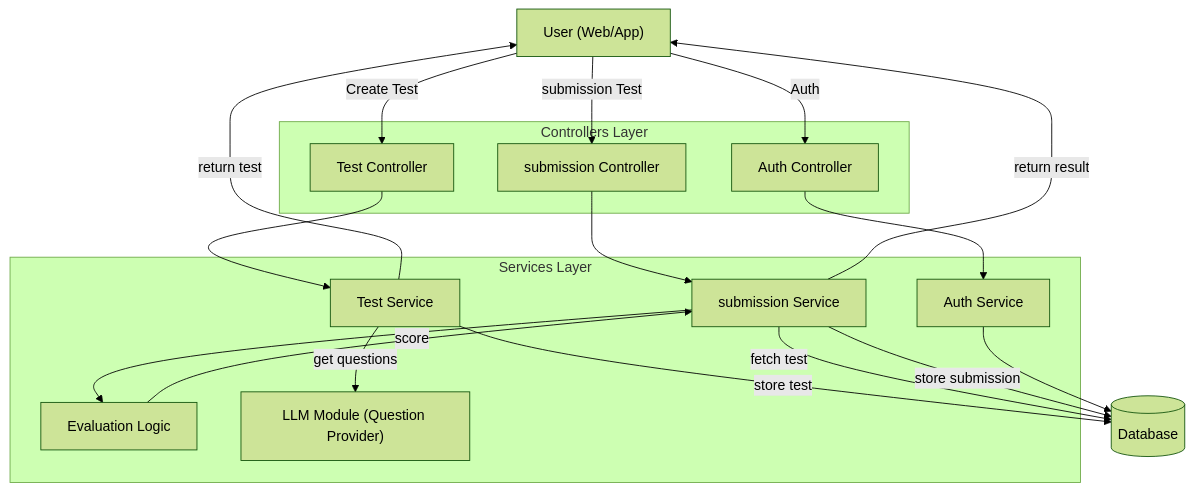
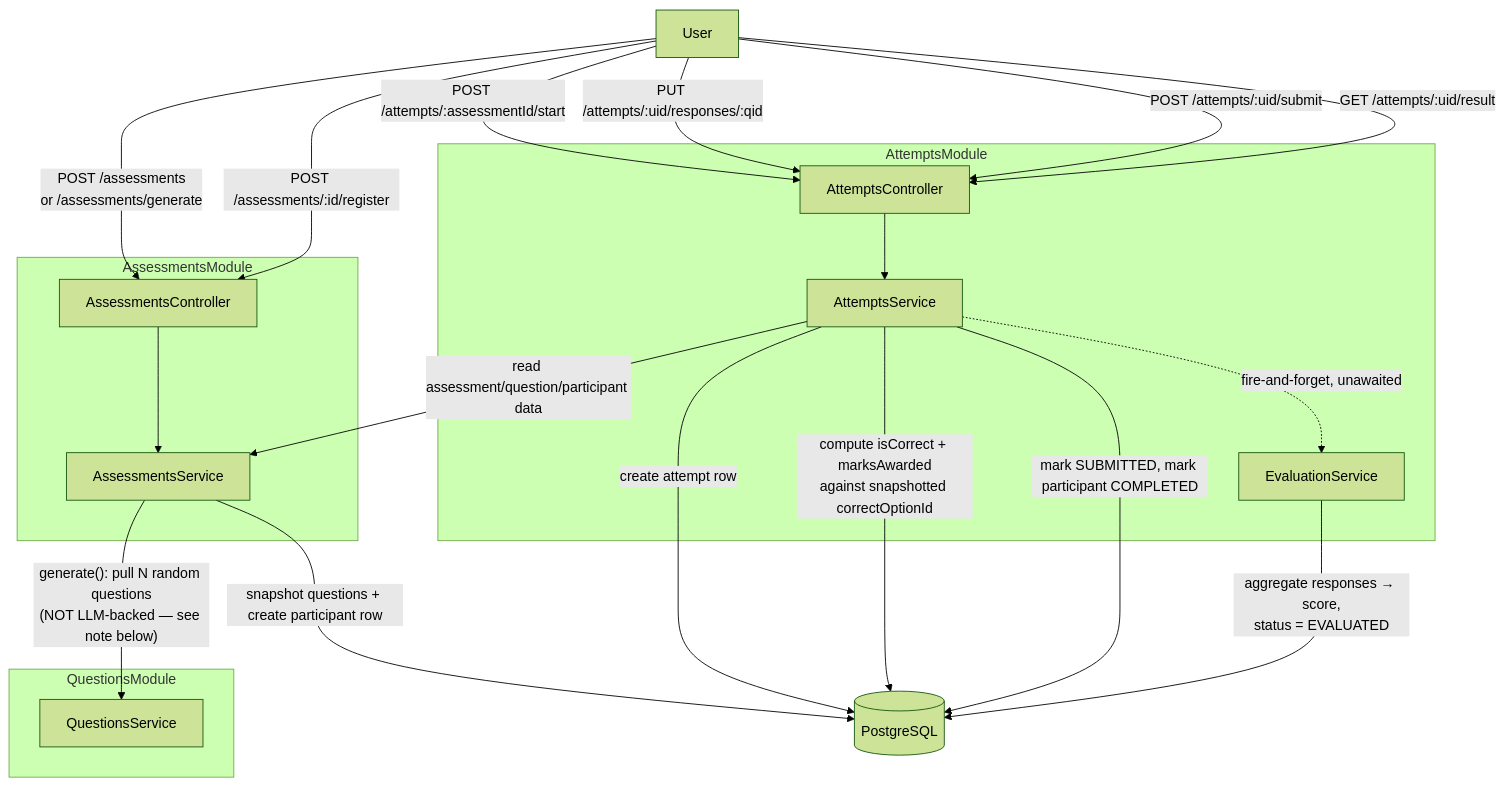
One commit to sharma-dikshant/TestFlow-Docs changed the third of 4 diagrams in docs/architecture.md. Above: the diagram before and after it, drawn with Mermaid (forest theme). The commit also changed other lines of this file and 10 other files, not shown here.

````diff
--- a/docs/architecture.md
+++ b/docs/architecture.md
@@ -12,49 +109,42 @@
 ```mermaid
 flowchart TD
+    user["User"]
 
-    %% USER
-    user["User (Web/App)"]
-
-    %% CONTROLLERS
-    subgraph controllers["Controllers Layer"]
-        testCtrl["Test Controller"]
-        submissionCtrl["submission Controller"]
-        authCtrl["Auth Controller"]
+    subgraph assessmentsMod["AssessmentsModule"]
+        assessCtrl["AssessmentsController"]
+        assessSvc["AssessmentsService"]
     end
 
-    %% SERVICES
-    subgraph services["Services Layer"]
-        testService["Test Service"]
-        submissionService["submission Service"]
-        evalService["Evaluation Logic"]
-        llmService["LLM Module (Question Provider)"]
-        authService["Auth Service"]
-
+    subgraph attemptsMod["AttemptsModule"]
+        attemptCtrl["AttemptsController"]
+        attemptSvc["AttemptsService"]
+        evalSvc["EvaluationService"]
     end
 
-    %% DATABASE
-    db[(Database)]
+    subgraph questionsMod["QuestionsModule"]
+        questionSvc["QuestionsService"]
+    end
 
-    %% USER FLOW
-    user -->|"Create Test"| testCtrl
-    user -->|"submission Test"| submissionCtrl
-    user -->|"Auth"| authCtrl
+    db[("PostgreSQL")]
 
-    %% TEST FLOW
-    testCtrl --> testService
-    testService -->|"get questions"| llmService
-    testService -->|"store test"| db
-    testService -->|"return test"| user
+    user -->|"POST /assessments\nor /assessments/generate"| assessCtrl
+    assessCtrl --> assessSvc
+    assessSvc -->|"generate(): pull N random questions\n(NOT LLM-backed — see note below)"| questionSvc
+    assessSvc -->|"snapshot questions + create participant row"| db
 
-    %% submission FLOW
-    submissionCtrl --> submissionService
-    submissionService -->|"fetch test"| db
-    submissionService --> evalService
-    evalService -->|"score"| submissionService
-    submissionService -->|"store submission"| db
-    submissionService -->|"return result"| user
+    user -->|"POST /assessments/:id/register"| assessCtrl
+    user -->|"POST /attempts/:assessmentId/start"| attemptCtrl
+    attemptCtrl --> attemptSvc
+    attemptSvc -->|"read assessment/question/participant data"| assessSvc
+    attemptSvc -->|"create attempt row"| db
 
-    %% AUTH FLOW
-    authCtrl --> authService
-    authService --> db
+    user -->|"PUT /attempts/:uid/responses/:qid"| attemptCtrl
+    attemptSvc -->|"compute isCorrect + marksAwarded\nagainst snapshotted correctOptionId"| db
+
+    user -->|"POST /attempts/:uid/submit"| attemptCtrl
+    attemptSvc -->|"mark SUBMITTED, mark participant COMPLETED"| db
+    attemptSvc -.->|"fire-and-forget, unawaited"| evalSvc
+    evalSvc -->|"aggregate responses → score,\nstatus = EVALUATED"| db
+
+    user -->|"GET /attempts/:uid/result"| attemptCtrl
 ```
````
